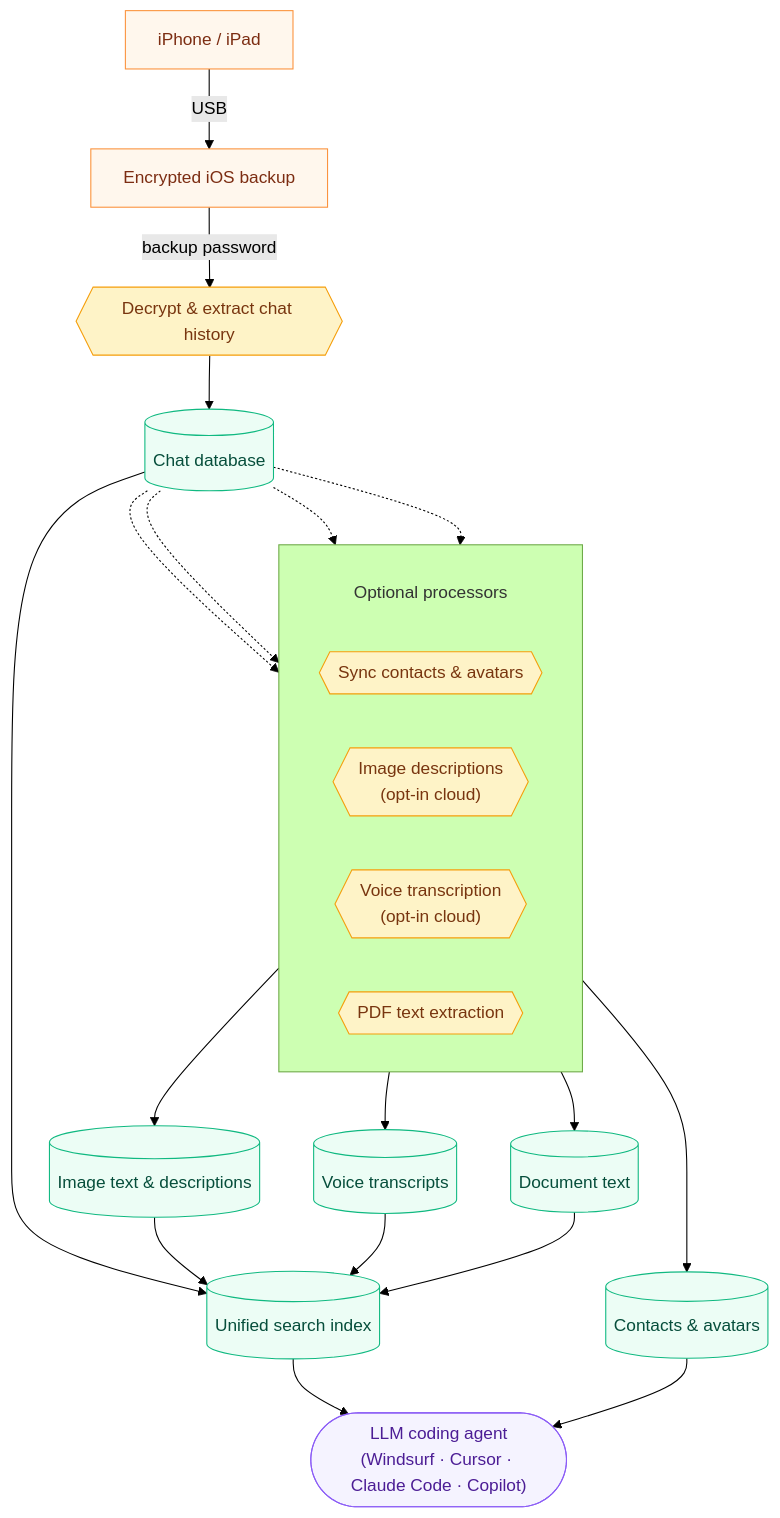
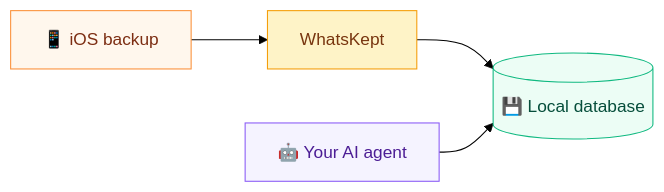
One commit to alkait/WhatsKept changed the diagram in README.md. Above: the diagram before and after it, drawn with Mermaid (forest theme). The commit also changed other lines of this file, not shown here.

````diff
--- a/README.md
+++ b/README.md
@@ -127,46 +73,10 @@
 ```mermaid
-%%{init: {'flowchart': {'subGraphTitleMargin': {'top': 32, 'bottom': 32}}}}%%
-flowchart TD
-    classDef src    fill:#fff7ed,stroke:#fb923c,color:#7c2d12
-    classDef proc   fill:#fef3c7,stroke:#f59e0b,color:#78350f
-    classDef data   fill:#ecfdf5,stroke:#10b981,color:#064e3b
-    classDef agent  fill:#f5f3ff,stroke:#8b5cf6,color:#4c1d95
+flowchart LR
+    classDef src   fill:#fff7ed,stroke:#fb923c,color:#7c2d12
+    classDef proc  fill:#fef3c7,stroke:#f59e0b,color:#78350f
+    classDef data  fill:#ecfdf5,stroke:#10b981,color:#064e3b
+    classDef agent fill:#f5f3ff,stroke:#8b5cf6,color:#4c1d95
 
-    IP["iPhone / iPad"]:::src
-    BK["Encrypted iOS backup"]:::src
-    IP -->|USB| BK
-
-    SYNC{{"Decrypt &amp; extract chat history"}}:::proc
-    BK -->|backup password| SYNC
-
-    DB[("Chat database")]:::data
-    SYNC --> DB
-
-    subgraph SIDE["Optional processors"]
-        direction LR
-        PS{{"Sync contacts &amp; avatars"}}:::proc
-        MI{{"Image descriptions<br/>(opt-in cloud)"}}:::proc
-        VI{{"Voice transcription<br/>(opt-in cloud)"}}:::proc
-        XI{{"PDF text extraction"}}:::proc
-    end
-
-    DB -.-> PS
-    DB -.-> MI
-    DB -.-> VI
-    DB -.-> XI
-
-    PS --> AV[("Contacts &amp; avatars")]:::data
-    MI --> IM[("Image text &amp; descriptions")]:::data
-    VI --> VC[("Voice transcripts")]:::data
-    XI --> DC[("Document text")]:::data
-
-    FTS[("Unified search index")]:::data
-    DB --> FTS
-    IM --> FTS
-    VC --> FTS
-    DC --> FTS
-
-    AGENT(["LLM coding agent<br/>(Windsurf · Cursor · Claude Code · Copilot)"]):::agent
-    FTS --> AGENT
-    AV  --> AGENT
+    BK["📱 iOS backup"]:::src --> WK["WhatsKept"]:::proc --> DB[("💾 Local database")]:::data
+    AGENT["🤖 Your AI agent"]:::agent --> DB
 ```
````
